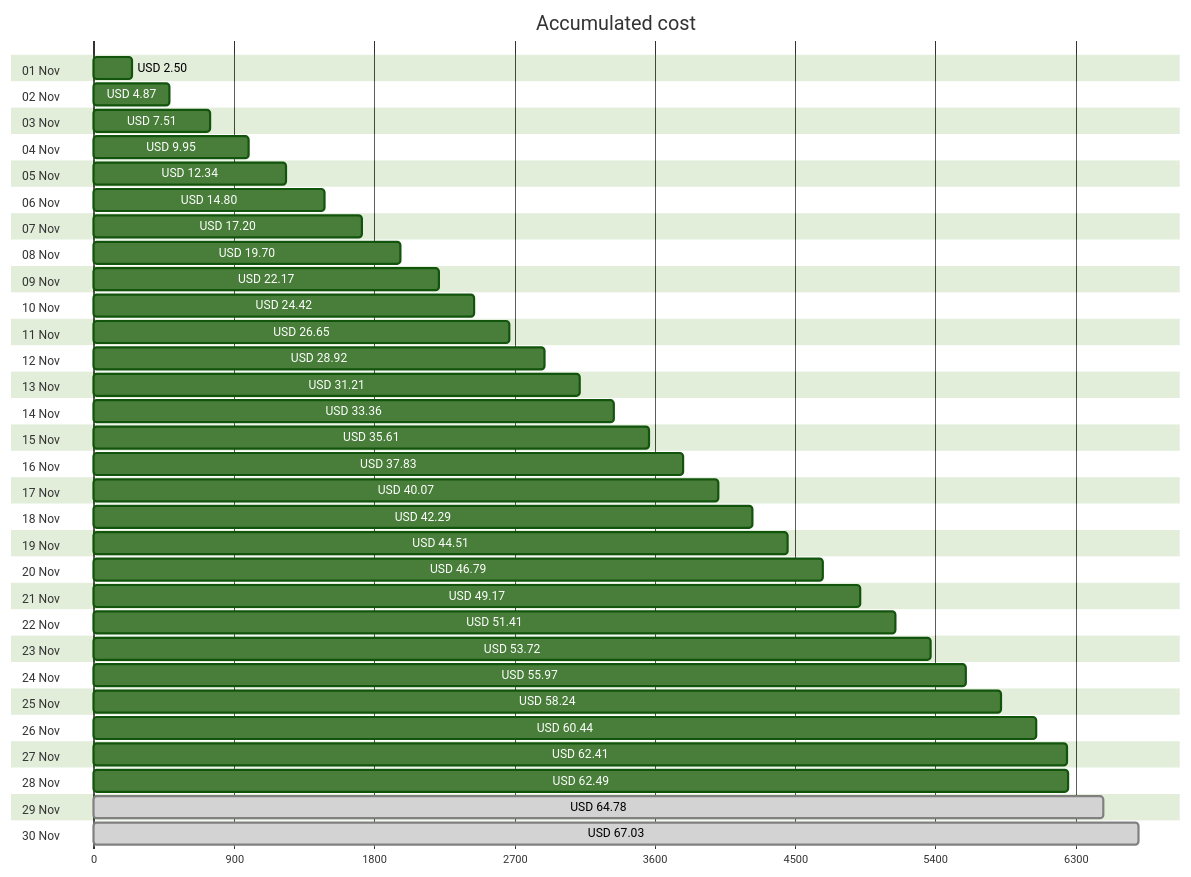
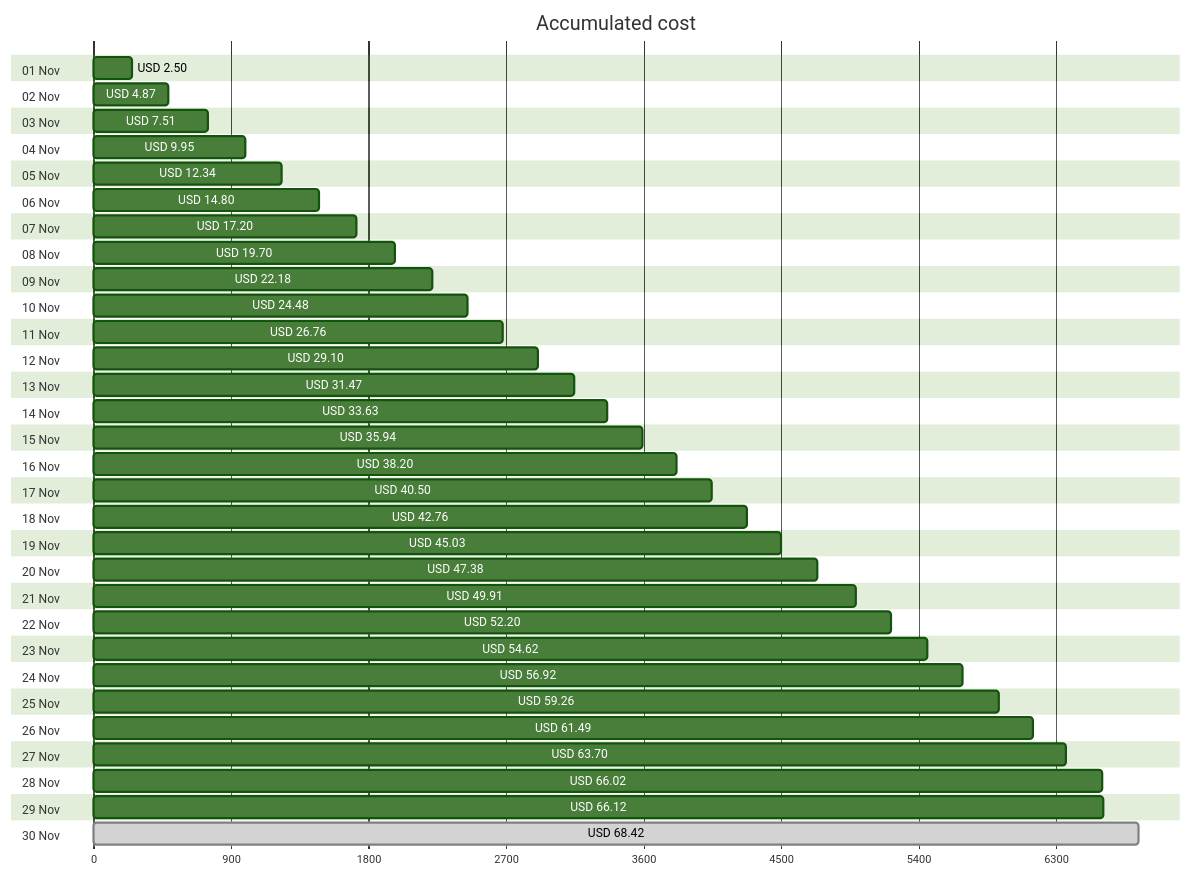
One commit to jpfulton/azure-personal-reports changed the first of 4 diagrams in cost-reports/accumulated-cost.md. Above: the diagram before and after it, drawn with Mermaid (forest theme). The commit also changed other lines of this file and 4 other files, not shown here.

````diff
--- a/cost-reports/accumulated-cost.md
+++ b/cost-reports/accumulated-cost.md
@@ -20,66 +20,66 @@
 ```mermaid
 gantt
    title Accumulated cost
    dateFormat  X
    axisFormat %s
    section 01 Nov
    USD 2.50 :0, 250
    section 02 Nov
    USD 4.87 :0, 487
    section 03 Nov
    USD 7.51 :0, 751
    section 04 Nov
    USD 9.95 :0, 995
    section 05 Nov
    USD 12.34 :0, 1234
    section 06 Nov
    USD 14.80 :0, 1480
    section 07 Nov
    USD 17.20 :0, 1720
    section 08 Nov
    USD 19.70 :0, 1970
    section 09 Nov
-   USD 22.17 :0, 2217
+   USD 22.18 :0, 2218
    section 10 Nov
-   USD 24.42 :0, 2442
+   USD 24.48 :0, 2448
    section 11 Nov
-   USD 26.65 :0, 2665
+   USD 26.76 :0, 2676
    section 12 Nov
-   USD 28.92 :0, 2892
+   USD 29.10 :0, 2910
    section 13 Nov
-   USD 31.21 :0, 3121
+   USD 31.47 :0, 3147
    section 14 Nov
-   USD 33.36 :0, 3336
+   USD 33.63 :0, 3363
    section 15 Nov
-   USD 35.61 :0, 3561
+   USD 35.94 :0, 3594
    section 16 Nov
-   USD 37.83 :0, 3783
+   USD 38.20 :0, 3820
    section 17 Nov
-   USD 40.07 :0, 4007
+   USD 40.50 :0, 4050
    section 18 Nov
-   USD 42.29 :0, 4229
+   USD 42.76 :0, 4276
    section 19 Nov
-   USD 44.51 :0, 4451
+   USD 45.03 :0, 4503
    section 20 Nov
-   USD 46.79 :0, 4679
+   USD 47.38 :0, 4738
    section 21 Nov
-   USD 49.17 :0, 4917
+   USD 49.91 :0, 4991
    section 22 Nov
-   USD 51.41 :0, 5141
+   USD 52.20 :0, 5220
    section 23 Nov
-   USD 53.72 :0, 5372
+   USD 54.62 :0, 5462
    section 24 Nov
-   USD 55.97 :0, 5597
+   USD 56.92 :0, 5692
    section 25 Nov
-   USD 58.24 :0, 5824
+   USD 59.26 :0, 5926
    section 26 Nov
-   USD 60.44 :0, 6044
+   USD 61.49 :0, 6149
    section 27 Nov
-   USD 62.41 :0, 6241
+   USD 63.70 :0, 6370
    section 28 Nov
-   USD 62.49 :0, 6249
+   USD 66.02 :0, 6602
    section 29 Nov
-   USD 64.78 : done, 0, 6478
+   USD 66.12 :0, 6612
    section 30 Nov
-   USD 67.03 : done, 0, 6703
+   USD 68.42 : done, 0, 6842
 ```
````
